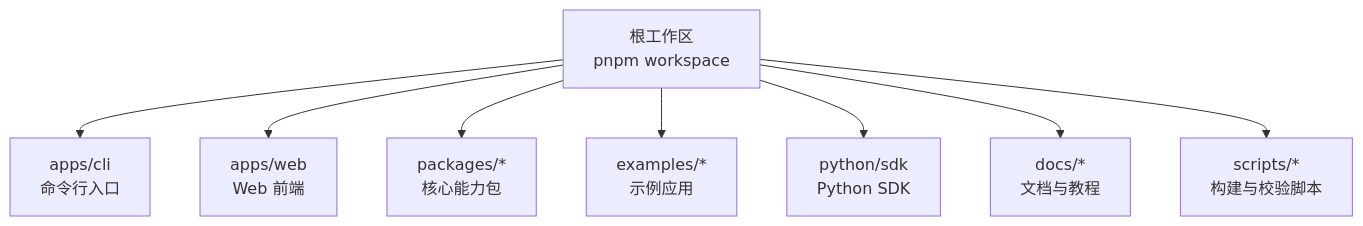
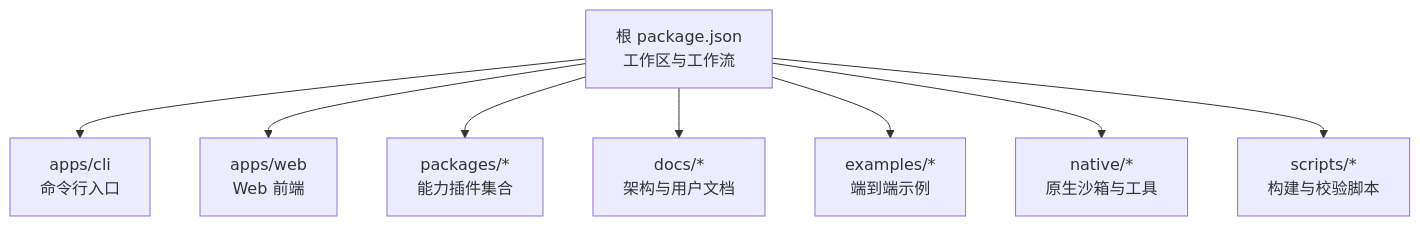
One commit to gongzili456/deepseek-harness changed the first of 7 diagrams in .qoder/repowiki/zh/content/项目概览/项目概览.md. Above: the diagram before and after it, drawn with Mermaid. The commit also changed other lines of this file and 1001 other files, not shown here.

````diff
--- a/.qoder/repowiki/zh/content/项目概览/项目概览.md
+++ b/.qoder/repowiki/zh/content/项目概览/项目概览.md
@@ -40,10 +53,10 @@
 ```mermaid
 graph TB
-A["根工作区<br/>pnpm workspace"] --> B["apps/cli<br/>命令行入口"]
+A["根 package.json<br/>工作区与工作流"] --> B["apps/cli<br/>命令行入口"]
 A --> C["apps/web<br/>Web 前端"]
-A --> D["packages/*<br/>核心能力包"]
-A --> E["examples/*<br/>示例应用"]
-A --> F["python/sdk<br/>Python SDK"]
-A --> G["docs/*<br/>文档与教程"]
+A --> D["packages/*<br/>能力插件集合"]
+A --> E["docs/*<br/>架构与用户文档"]
+A --> F["examples/*<br/>端到端示例"]
+A --> G["native/*<br/>原生沙箱与工具"]
 A --> H["scripts/*<br/>构建与校验脚本"]
 ```
````
